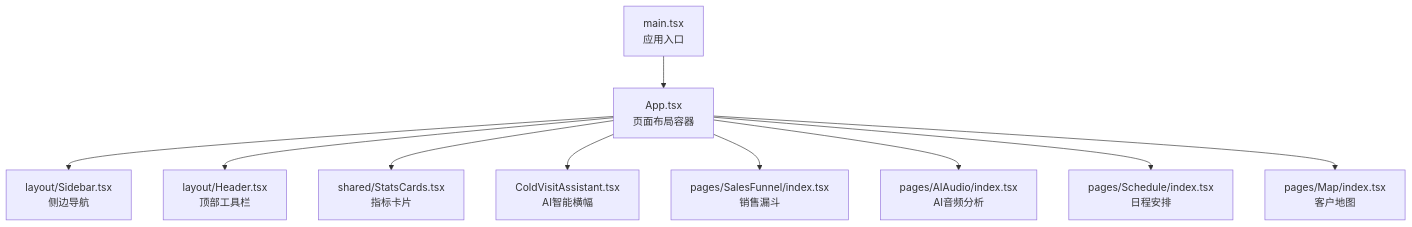
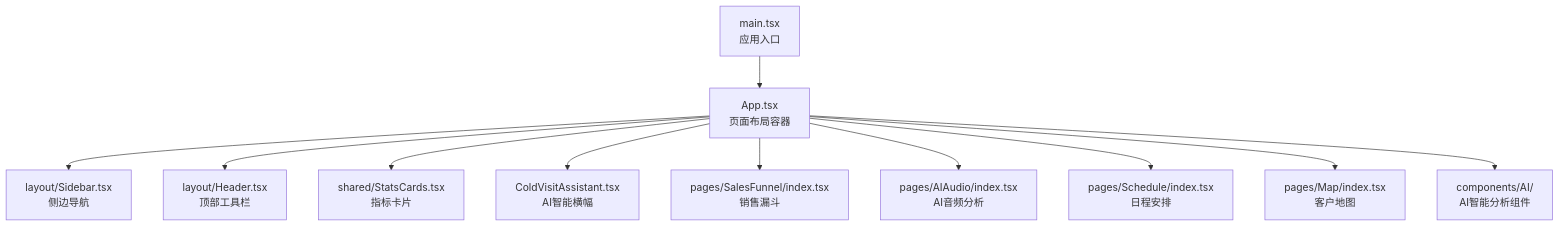
The fifth of 16 diagrams in .qoder/repowiki/zh/content/API参考/API参考.md (xianjianshenqu/SalesFlow-CRM), drawn with Mermaid before and after one commit. The commit also changed other lines of this file and 36 other files, not shown here.

````diff
--- a/.qoder/repowiki/zh/content/API参考/API参考.md
+++ b/.qoder/repowiki/zh/content/API参考/API参考.md
@@ -298,12 +361,13 @@
 ```mermaid
 graph TB
 A["main.tsx<br/>应用入口"] --> B["App.tsx<br/>页面布局容器"]
 B --> C["layout/Sidebar.tsx<br/>侧边导航"]
 B --> D["layout/Header.tsx<br/>顶部工具栏"]
 B --> E["shared/StatsCards.tsx<br/>指标卡片"]
 B --> F["ColdVisitAssistant.tsx<br/>AI智能横幅"]
 B --> G["pages/SalesFunnel/index.tsx<br/>销售漏斗"]
 B --> H["pages/AIAudio/index.tsx<br/>AI音频分析"]
 B --> I["pages/Schedule/index.tsx<br/>日程安排"]
 B --> J["pages/Map/index.tsx<br/>客户地图"]
+B --> K["components/AI/<br/>AI智能分析组件"]
 ```
````
